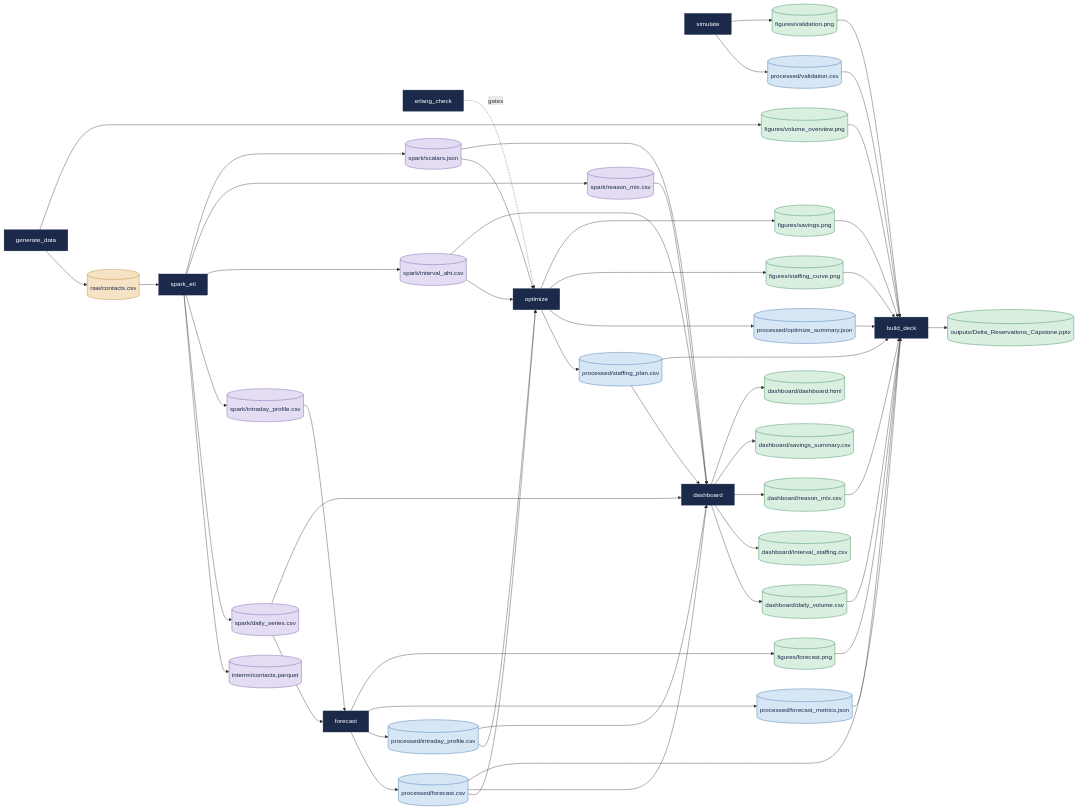
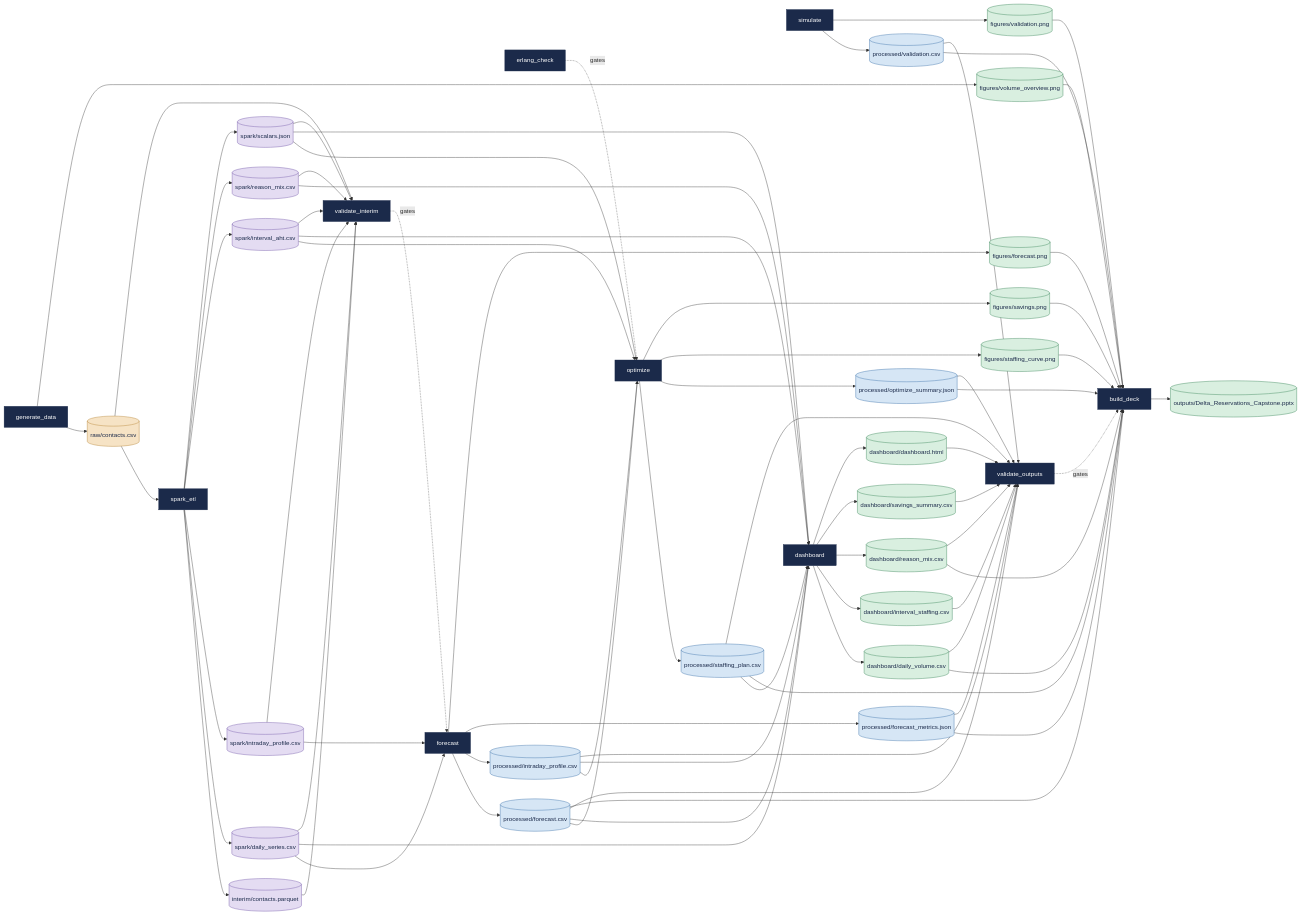
One commit to hollywood-an/delta-staffing-optimizer changed the diagram in DATA_DICTIONARY.md. Above: the diagram before and after it, drawn with Mermaid. The commit also changed other lines of this file and 3 other files, not shown here.

````diff
--- a/DATA_DICTIONARY.md
+++ b/DATA_DICTIONARY.md
@@ -17,11 +17,13 @@
     classDef task fill:#1b2a4a,stroke:#1b2a4a,color:#ffffff
     t_generate_data["generate_data"]:::task
     t_spark_etl["spark_etl"]:::task
+    t_validate_interim["validate_interim"]:::task
     t_forecast["forecast"]:::task
     t_erlang_check["erlang_check"]:::task
     t_simulate["simulate"]:::task
     t_optimize["optimize"]:::task
     t_dashboard["dashboard"]:::task
+    t_validate_outputs["validate_outputs"]:::task
     t_build_deck["build_deck"]:::task
     d_contacts[("raw/contacts.csv")]:::raw
     d_contacts_parquet[("interim/contacts.parquet")]:::interim
@@ -49,43 +51,61 @@
     d_deck[("outputs/Delta_Reservations_Capstone.pptx")]:::output
     t_generate_data --> d_contacts
     d_contacts --> t_spark_etl
+    d_contacts --> t_validate_interim
     t_spark_etl --> d_contacts_parquet
+    d_contacts_parquet --> t_validate_interim
     t_spark_etl --> d_spark_daily_series
     d_spark_daily_series --> t_forecast
     d_spark_daily_series --> t_dashboard
+    d_spark_daily_series --> t_validate_interim
     t_spark_etl --> d_spark_intraday_profile
     d_spark_intraday_profile --> t_forecast
+    d_spark_intraday_profile --> t_validate_interim
     t_spark_etl --> d_spark_interval_aht
     d_spark_interval_aht --> t_optimize
     d_spark_interval_aht --> t_dashboard
+    d_spark_interval_aht --> t_validate_interim
     t_spark_etl --> d_spark_reason_mix
     d_spark_reason_mix --> t_dashboard
+    d_spark_reason_mix --> t_validate_interim
     t_spark_etl --> d_spark_scalars
     d_spark_scalars --> t_optimize
     d_spark_scalars --> t_dashboard
+    d_spark_scalars --> t_validate_interim
     t_forecast --> d_forecast
     d_forecast --> t_optimize
     d_forecast --> t_dashboard
     d_forecast --> t_build_deck
+    d_forecast --> t_validate_outputs
     t_forecast --> d_intraday_profile
     d_intraday_profile --> t_optimize
     d_intraday_profile --> t_dashboard
+    d_intraday_profile --> t_validate_outputs
     t_forecast --> d_forecast_metrics
     d_forecast_metrics --> t_build_deck
+    d_forecast_metrics --> t_validate_outputs
     t_optimize --> d_staffing_plan
     d_staffing_plan --> t_dashboard
     d_staffing_plan --> t_build_deck
+    d_staffing_plan --> t_validate_outputs
     t_optimize --> d_optimize_summary
     d_optimize_summary --> t_build_deck
+    d_optimize_summary --> t_validate_outputs
     t_simulate --> d_validation
     d_validation --> t_build_deck
+    d_validation --> t_validate_outputs
     t_dashboard --> d_daily_volume
     d_daily_volume --> t_build_deck
+    d_daily_volume --> t_validate_outputs
     t_dashboard --> d_interval_staffing
+    d_interval_staffing --> t_validate_outputs
     t_dashboard --> d_reason_mix
     d_reason_mix --> t_build_deck
+    d_reason_mix --> t_validate_outputs
     t_dashboard --> d_savings_summary
+    d_savings_summary --> t_validate_outputs
     t_dashboard --> d_dashboard_html
+    d_dashboard_html --> t_validate_outputs
     t_generate_data --> d_fig_volume_overview
     d_fig_volume_overview --> t_build_deck
     t_forecast --> d_fig_forecast
@@ -97,5 +117,7 @@
     t_optimize --> d_fig_savings
     d_fig_savings --> t_build_deck
     t_build_deck --> d_deck
+    t_validate_interim -. gates .-> t_forecast
     t_erlang_check -. gates .-> t_optimize
+    t_validate_outputs -. gates .-> t_build_deck
 ```
````
